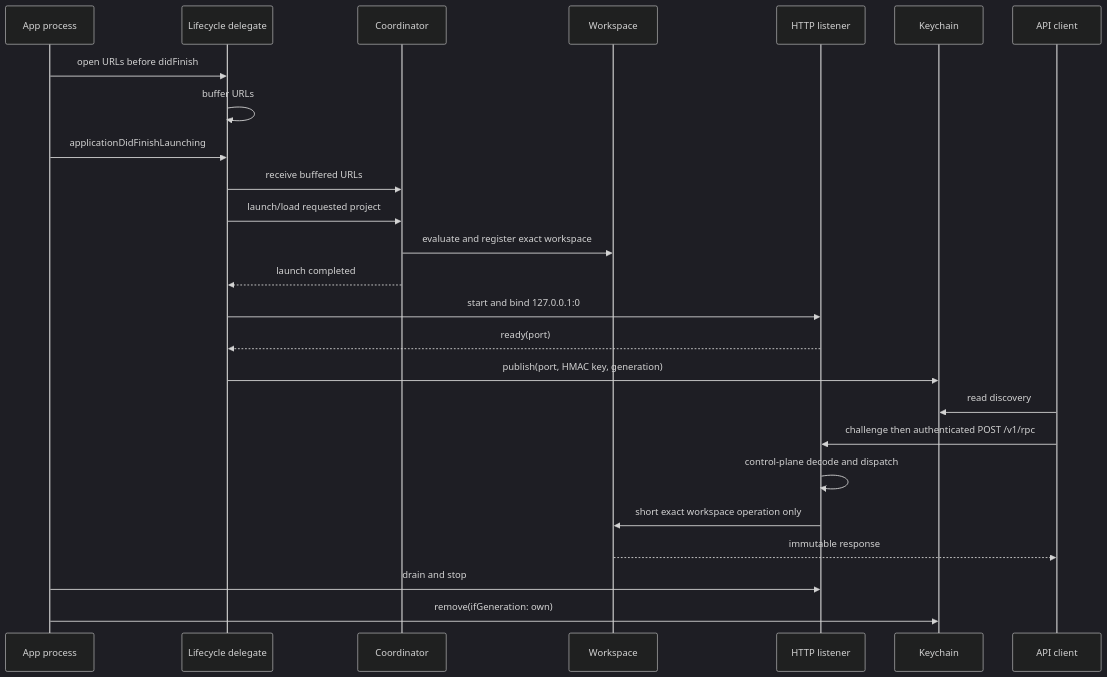
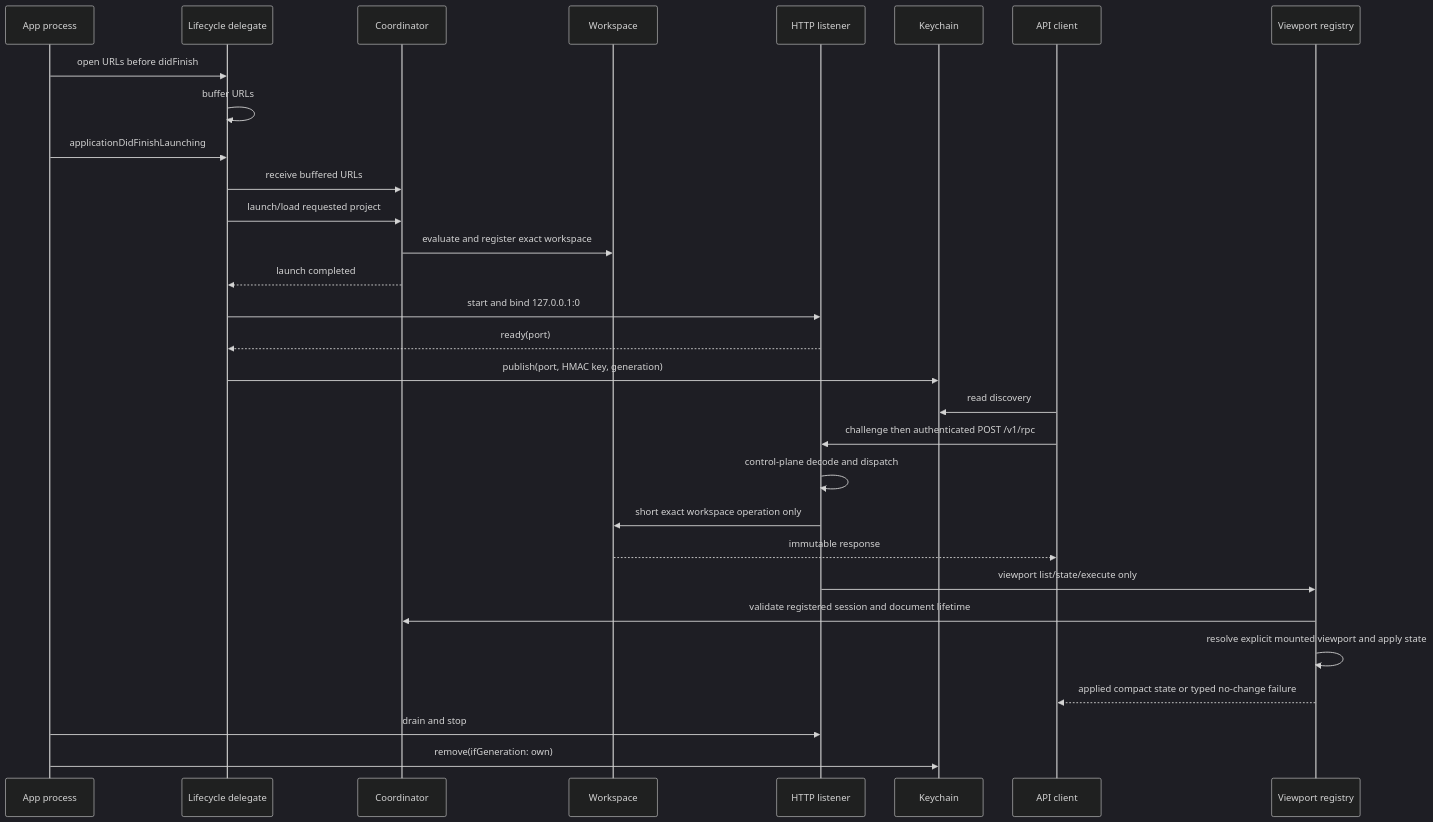
The second of 2 diagrams in Rupa/Rupa/Rupa/DESIGN.md (1amageek/Rupa), drawn with Mermaid (dark theme) before and after one commit. The commit also changed other lines of this file and 102 other files, not shown here.

````diff
--- a/Rupa/Rupa/Rupa/DESIGN.md
+++ b/Rupa/Rupa/Rupa/DESIGN.md
@@ -111,27 +160,32 @@
 ```mermaid
 sequenceDiagram
     participant OS as App process
     participant D as Lifecycle delegate
     participant C as Coordinator
     participant W as Workspace
     participant L as HTTP listener
     participant K as Keychain
     OS->>D: open URLs before didFinish
     D->>D: buffer URLs
     OS->>D: applicationDidFinishLaunching
     D->>C: receive buffered URLs
     D->>C: launch/load requested project
     C->>W: evaluate and register exact workspace
     C-->>D: launch completed
     D->>L: start and bind 127.0.0.1:0
     L-->>D: ready(port)
     D->>K: publish(port, HMAC key, generation)
     participant A as API client
     A->>K: read discovery
     A->>L: challenge then authenticated POST /v1/rpc
     L->>L: control-plane decode and dispatch
     L->>W: short exact workspace operation only
     W-->>A: immutable response
+    participant V as Viewport registry
+    L->>V: viewport list/state/execute only
+    V->>C: validate registered session and document lifetime
+    V->>V: resolve explicit mounted viewport and apply state
+    V-->>A: applied compact state or typed no-change failure
     OS->>L: drain and stop
     OS->>K: remove(ifGeneration: own)
 ```
````
